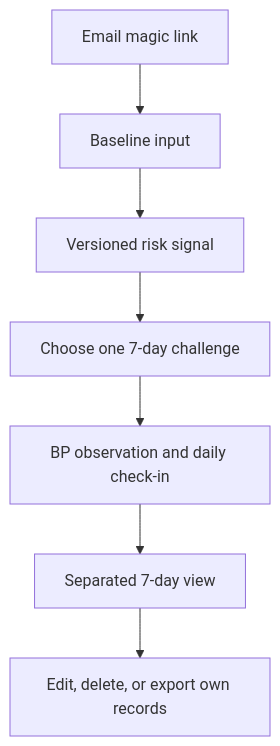
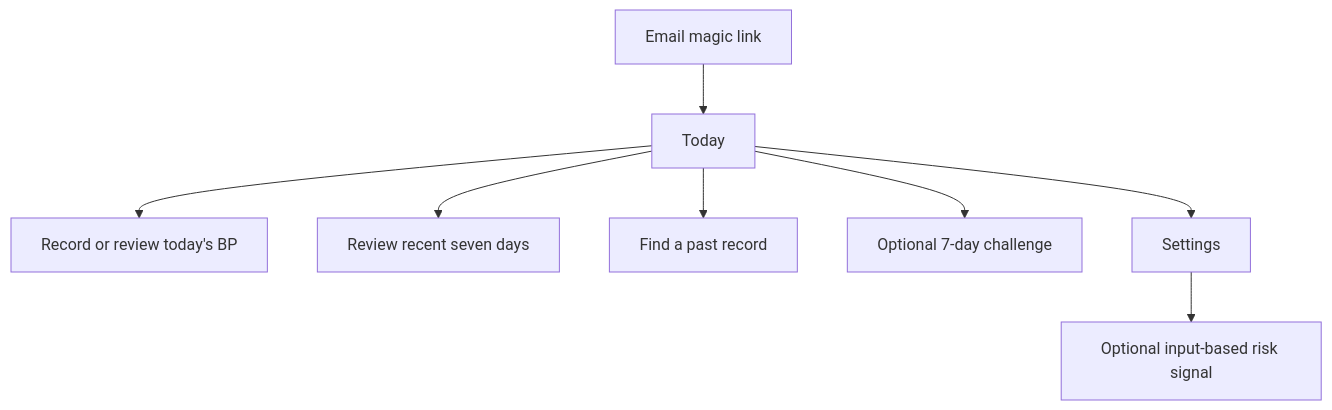
One commit to AI-HealthCare-05/AH_05_07 changed the second of 2 diagrams in docs/ux-flow.md. Above: the diagram before and after it, drawn with Mermaid. The commit also changed other lines of this file and 13 other files, not shown here.

````diff
--- a/docs/ux-flow.md
+++ b/docs/ux-flow.md
@@ -43,9 +46,10 @@
 ```mermaid
 flowchart TD
-    A["Email magic link"] --> B["Baseline input"]
-    B --> C["Versioned risk signal"]
-    C --> D["Choose one 7-day challenge"]
-    D --> E["BP observation and daily check-in"]
-    E --> F["Separated 7-day view"]
-    F --> G["Edit, delete, or export own records"]
+    A["Email magic link"] --> B["Today"]
+    B --> C["Record or review today's BP"]
+    B --> D["Review recent seven days"]
+    B --> E["Find a past record"]
+    B --> F["Optional 7-day challenge"]
+    B --> G["Settings"]
+    G --> H["Optional input-based risk signal"]
 ```
````
